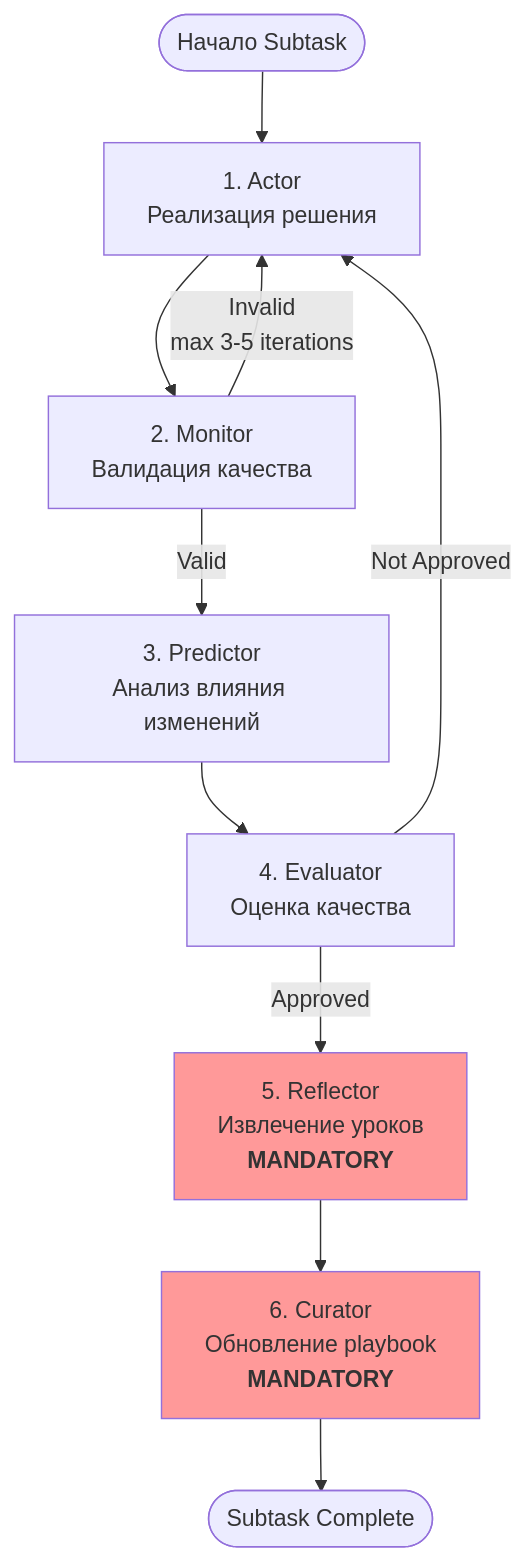
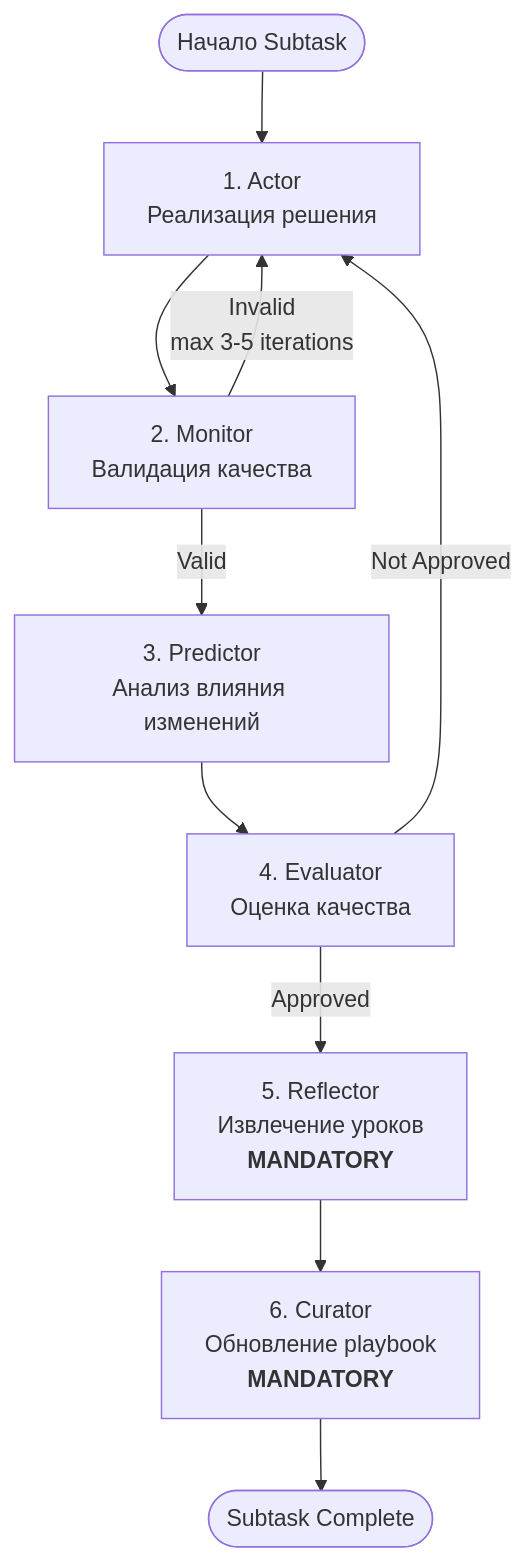
One commit to azalio/map-framework changed the diagram in presentation/03-workflow.md. Above: the diagram before and after it, drawn with Mermaid. The commit also changed other lines of this file, not shown here.

````diff
--- a/presentation/03-workflow.md
+++ b/presentation/03-workflow.md
@@ -9,20 +9,17 @@
 ```mermaid
 flowchart TD
     Start([Начало Subtask]) --> Actor[1. Actor<br/>Реализация решения]
     Actor --> Monitor[2. Monitor<br/>Валидация качества]
 
     Monitor -->|Valid| Predictor[3. Predictor<br/>Анализ влияния изменений]
     Monitor -->|Invalid<br/>max 3-5 iterations| Actor
 
     Predictor --> Evaluator[4. Evaluator<br/>Оценка качества]
 
     Evaluator -->|Approved| Reflector[5. Reflector<br/>Извлечение уроков<br/><b>MANDATORY</b>]
     Evaluator -->|Not Approved| Actor
 
     Reflector --> Curator[6. Curator<br/>Обновление playbook<br/><b>MANDATORY</b>]
 
     Curator --> End([Subtask Complete])
-
-    style Reflector fill:#ff9999
-    style Curator fill:#ff9999
 ```
````
